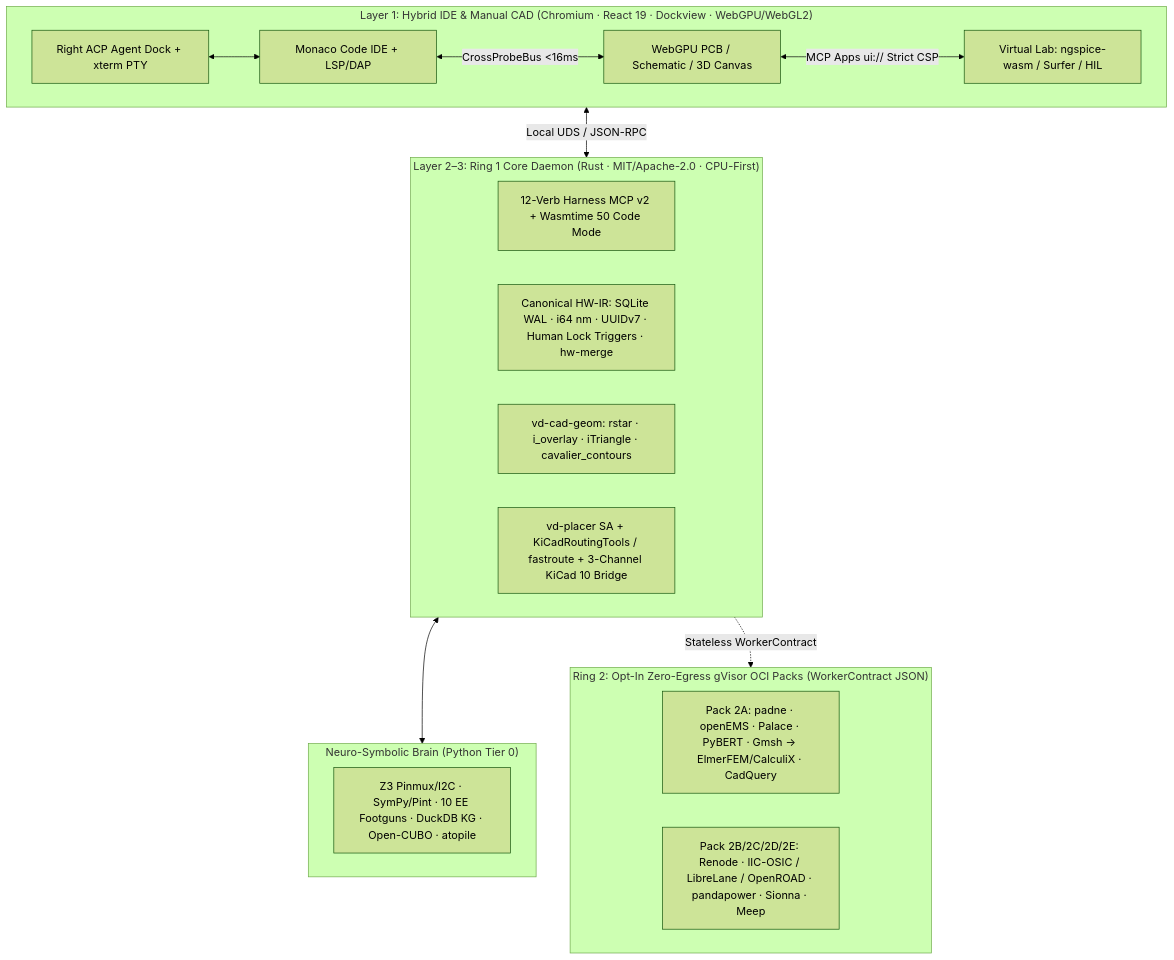
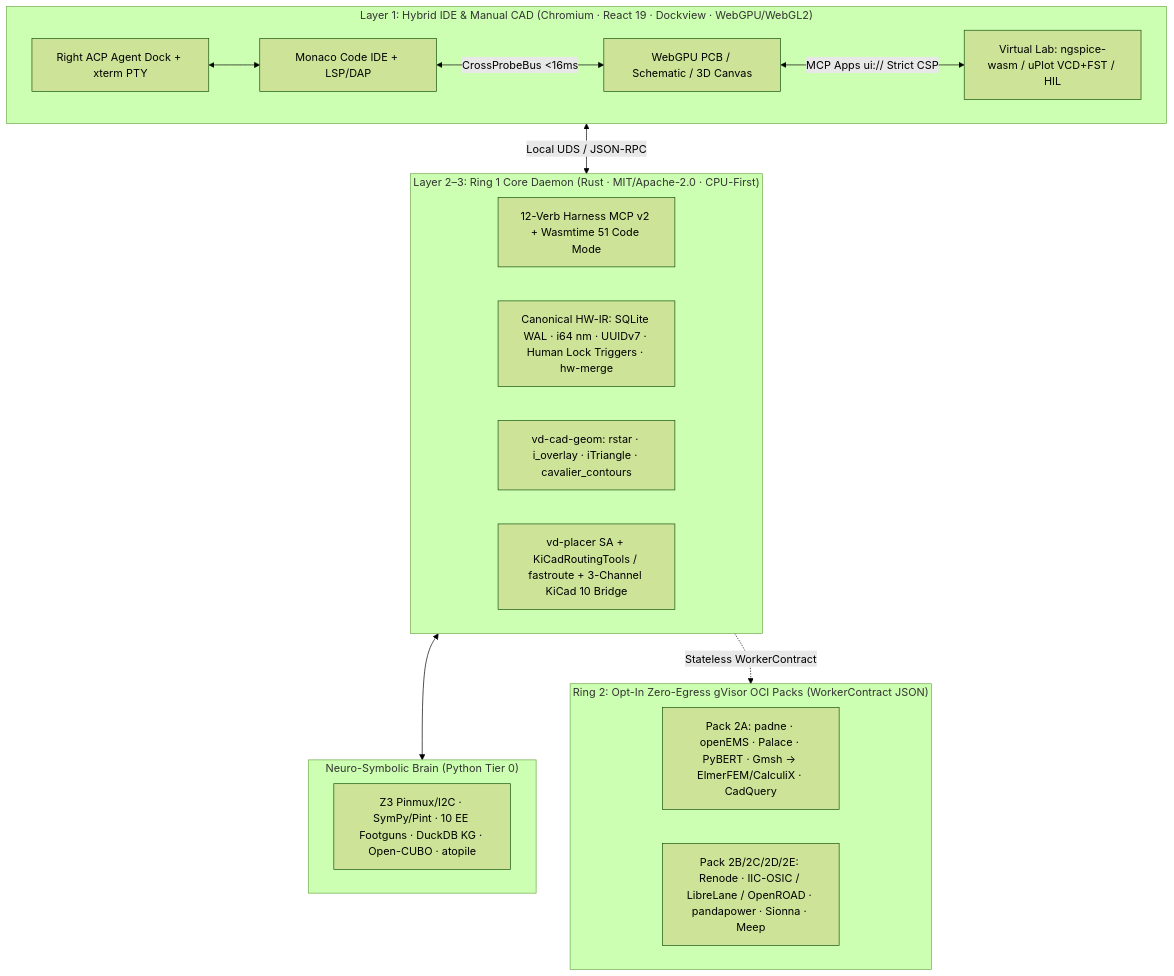
One commit to Dev-Solanki-09/Vajra-Dhir-EDA changed the diagram in README.md. Above: the diagram before and after it, drawn with Mermaid (forest theme). The commit also changed other lines of this file and 10 other files, not shown here.

````diff
--- a/README.md
+++ b/README.md
@@ -54,28 +54,28 @@
 ```mermaid
 flowchart TB
     subgraph UI["Layer 1: Hybrid IDE & Manual CAD (Chromium · React 19 · Dockview · WebGPU/WebGL2)"]
         A["Monaco Code IDE + LSP/DAP"] <-->|CrossProbeBus <16ms| B["WebGPU PCB / Schematic / 3D Canvas"]
-        B <-->|MCP Apps ui:// Strict CSP| C["Virtual Lab: ngspice-wasm / Surfer / HIL"]
+        B <-->|MCP Apps ui:// Strict CSP| C["Virtual Lab: ngspice-wasm / uPlot VCD+FST / HIL"]
         D["Right ACP Agent Dock + xterm PTY"] <--> A
     end
 
     subgraph CORE["Layer 2–3: Ring 1 Core Daemon (Rust · MIT/Apache-2.0 · CPU-First)"]
-        E["12-Verb Harness MCP v2 + Wasmtime 50 Code Mode"]
+        E["12-Verb Harness MCP v2 + Wasmtime 51 Code Mode"]
         F["Canonical HW-IR: SQLite WAL · i64 nm · UUIDv7 · Human Lock Triggers · hw-merge"]
         G["vd-cad-geom: rstar · i_overlay · iTriangle · cavalier_contours"]
         H["vd-placer SA + KiCadRoutingTools / fastroute + 3-Channel KiCad 10 Bridge"]
     end
 
     subgraph BRAIN["Neuro-Symbolic Brain (Python Tier 0)"]
         I["Z3 Pinmux/I2C · SymPy/Pint · 10 EE Footguns · DuckDB KG · Open-CUBO · atopile"]
     end
 
     subgraph RING2["Ring 2: Opt-In Zero-Egress gVisor OCI Packs (WorkerContract JSON)"]
         J["Pack 2A: padne · openEMS · Palace · PyBERT · Gmsh -> ElmerFEM/CalculiX · CadQuery"]
         K["Pack 2B/2C/2D/2E: Renode · IIC-OSIC / LibreLane / OpenROAD · pandapower · Sionna · Meep"]
     end
 
     UI <-->|Local UDS / JSON-RPC| CORE
     CORE <--> BRAIN
     CORE -.->|Stateless WorkerContract| RING2
 ```
````
